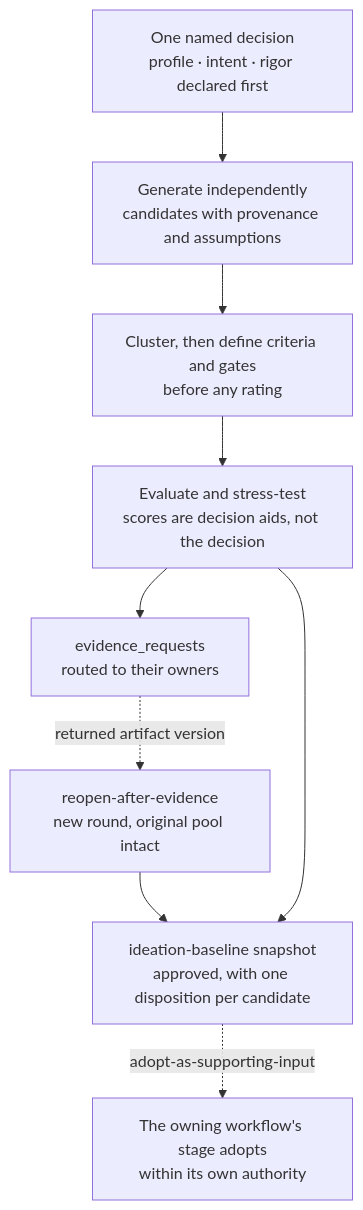
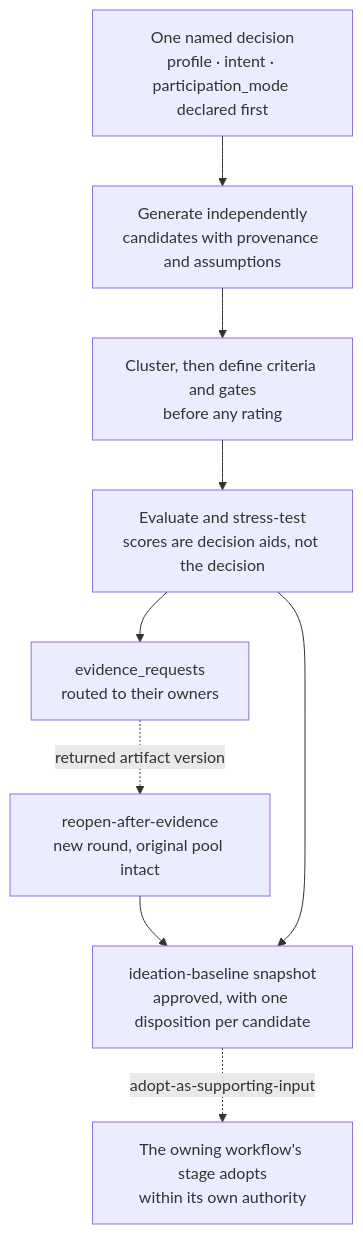
One commit to flaviogragnolati/ai-workflow changed the diagram in skills/ideation/README.md. Above: the diagram before and after it, drawn with Mermaid. The commit also changed other lines of this file and 21 other files, not shown here.

````diff
--- a/skills/ideation/README.md
+++ b/skills/ideation/README.md
@@ -9,11 +9,11 @@
 ```mermaid
 flowchart TB
-    D["One named decision<br/>profile · intent · rigor declared first"] --> G["Generate independently<br/>candidates with provenance and assumptions"]
+    D["One named decision<br/>profile · intent · participation_mode declared first"] --> G["Generate independently<br/>candidates with provenance and assumptions"]
     G --> C["Cluster, then define criteria and gates<br/>before any rating"]
     C --> E["Evaluate and stress-test<br/>scores are decision aids, not the decision"]
     E --> EV["evidence_requests<br/>routed to their owners"]
     EV -. "returned artifact version" .-> RE["reopen-after-evidence<br/>new round, original pool intact"]
     RE --> S
     E --> S["ideation-baseline snapshot<br/>approved, with one disposition per candidate"]
     S -. "adopt-as-supporting-input" .-> O["The owning workflow's stage adopts<br/>within its own authority"]
 ```
````
